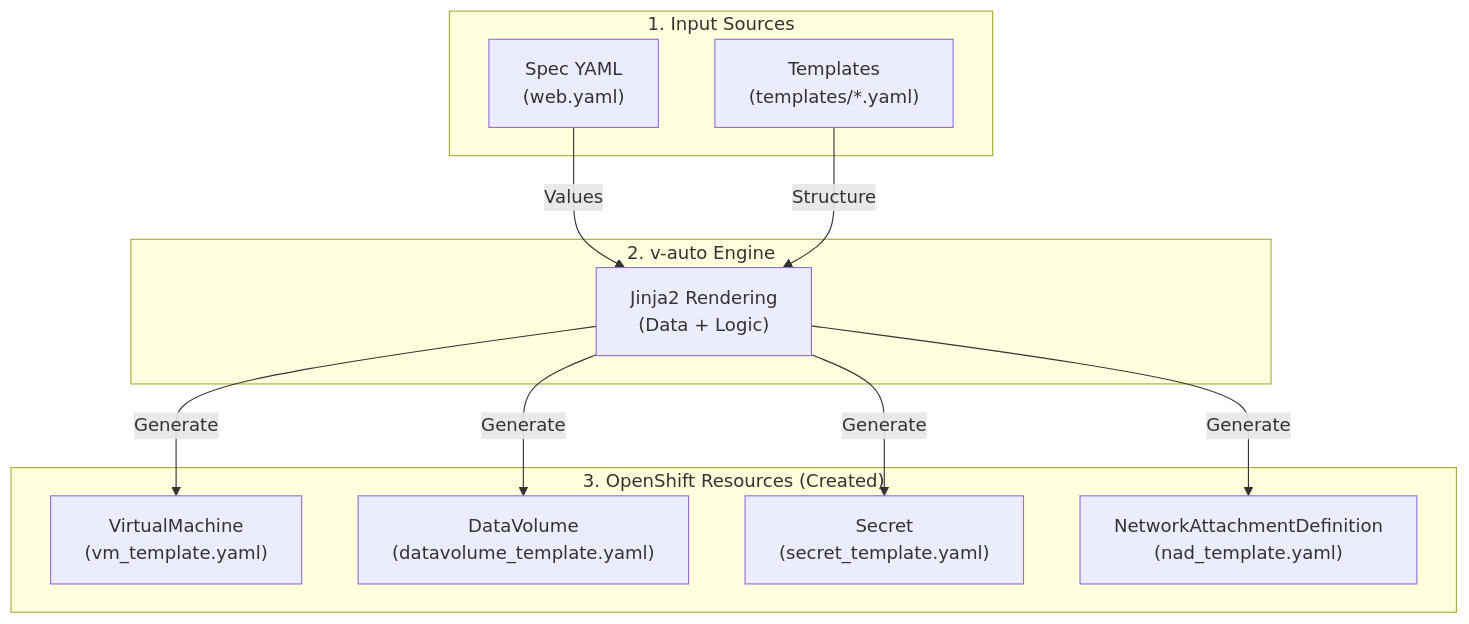
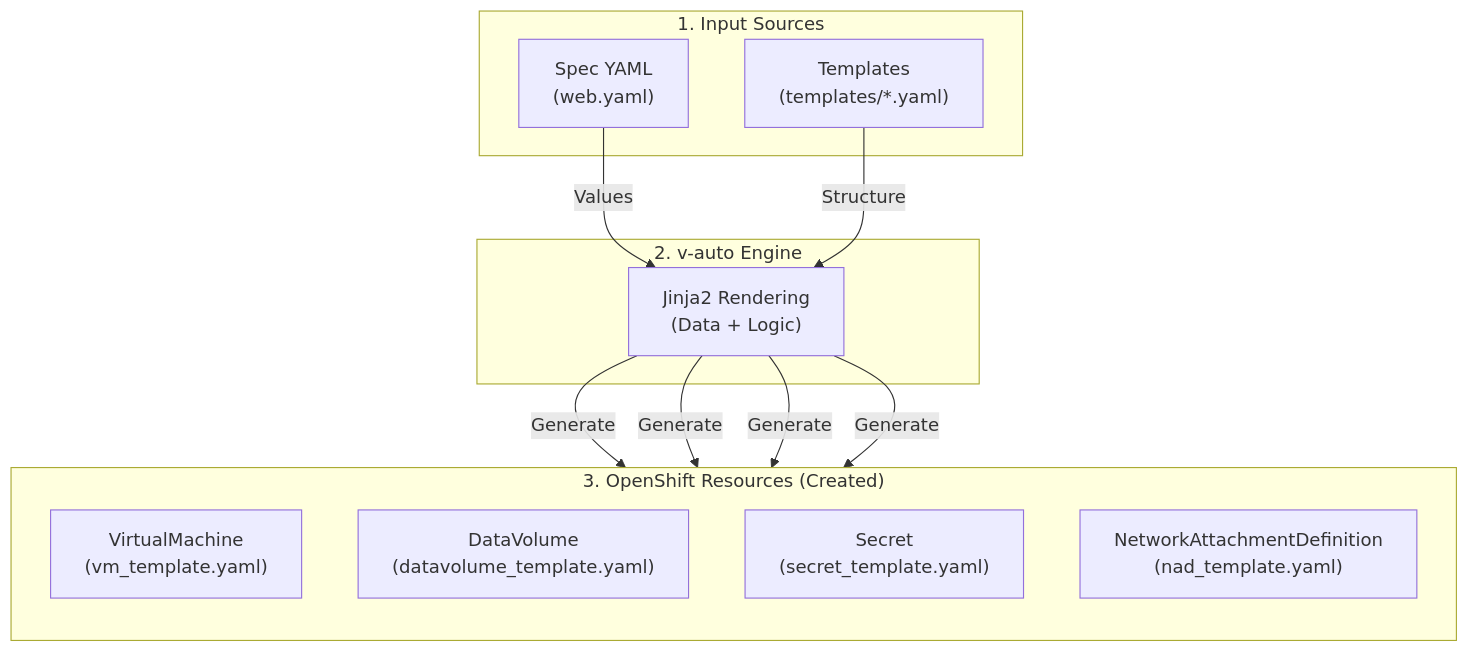
One commit to chkeum/v-auto changed the diagram in DOCS_USER.md. Above: the diagram before and after it, drawn with Mermaid. The commit also changed 1 other file, not shown here.

Commit message:
Adjust Diagram Box 3: Force Vertical Stack (v20260120)

````diff
--- a/DOCS_USER.md
+++ b/DOCS_USER.md
@@ -33,30 +33,31 @@
 ```mermaid
 graph TD
     %% 1. Input Sources
     subgraph Inputs["1. Input Sources"]
     Spec["Spec YAML<br>(web.yaml)"]
     Tpl["Templates<br>(templates/*.yaml)"]
     end
 
     %% 2. Processing Engine
     subgraph Engine["2. v-auto Engine"]
     Render["Jinja2 Rendering<br>(Data + Logic)"]
     end
     
     %% 3. Output Resources
     subgraph Resources["3. OpenShift Resources (Created)"]
+    direction TB
     VM["VirtualMachine<br>(vm_template.yaml)"]
     DV["DataVolume<br>(datavolume_template.yaml)"]
     Secret["Secret<br>(secret_template.yaml)"]
     NAD["NetworkAttachmentDefinition<br>(nad_template.yaml)"]
     end
     
     %% Connections
     Spec -->|Values| Render
     Tpl -->|Structure| Render
     
     Render -->|Generate| VM
     Render -->|Generate| DV
     Render -->|Generate| Secret
     Render -->|Generate| NAD
 ```
````
